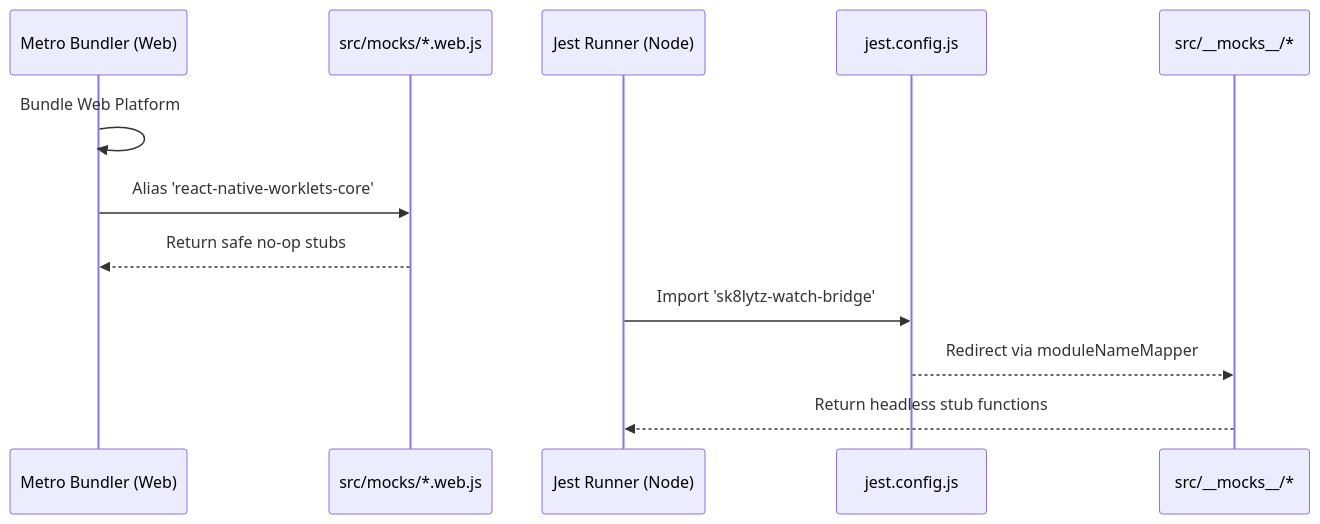
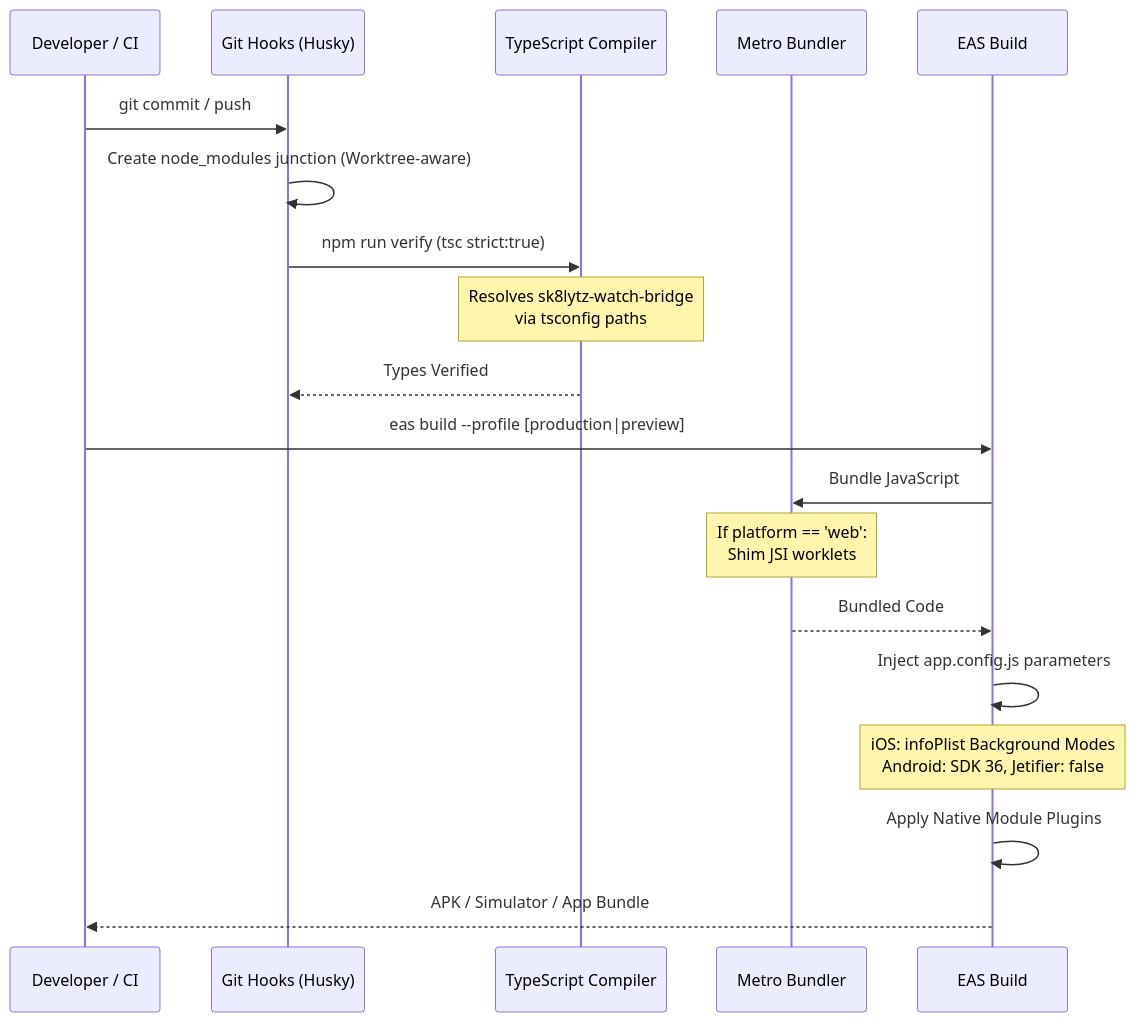
Diagram 19 of 24 in docs/SK8Lytz_App_Master_Reference.md (Neogleamz/SK8Lytz), drawn with Mermaid before and after one commit. The commit also changed other lines of this file and 7 other files, not shown here.

````diff
--- a/docs/SK8Lytz_App_Master_Reference.md
+++ b/docs/SK8Lytz_App_Master_Reference.md
@@ -2719,18 +3003,22 @@
 ```mermaid
 sequenceDiagram
-    participant Metro as Metro Bundler (Web)
-    participant WebShim as src/mocks/*.web.js
-    participant TestSuite as Jest Runner (Node)
-    participant Mapper as jest.config.js
-    participant Mock as src/__mocks__/*
-    
-    %% Web Build Interception
-    Metro->>Metro: Bundle Web Platform
-    Metro->>WebShim: Alias 'react-native-worklets-core'
-    WebShim-->>Metro: Return safe no-op stubs
-    
-    %% Test Runner Interception
-    TestSuite->>Mapper: Import 'sk8lytz-watch-bridge'
-    Mapper-->>Mock: Redirect via moduleNameMapper
-    Mock-->>TestSuite: Return headless stub functions
+    participant Dev as Developer / CI
+    participant Husky as Git Hooks (Husky)
+    participant TS as TypeScript Compiler
+    participant Metro as Metro Bundler
+    participant EAS as EAS Build
+
+    Dev->>Husky: git commit / push
+    Husky->>Husky: Create node_modules junction (Worktree-aware)
+    Husky->>TS: npm run verify (tsc strict:true)
+    Note over TS: Resolves sk8lytz-watch-bridge<br/>via tsconfig paths
+    TS-->>Husky: Types Verified
+    Dev->>EAS: eas build --profile [production|preview]
+    EAS->>Metro: Bundle JavaScript
+    Note over Metro: If platform == 'web':<br/>Shim JSI worklets
+    Metro-->>EAS: Bundled Code
+    EAS->>EAS: Inject app.config.js parameters
+    Note over EAS: iOS: infoPlist Background Modes<br/>Android: SDK 36, Jetifier: false
+    EAS->>EAS: Apply Native Module Plugins
+    EAS-->>Dev: APK / Simulator / App Bundle
 ```
````
